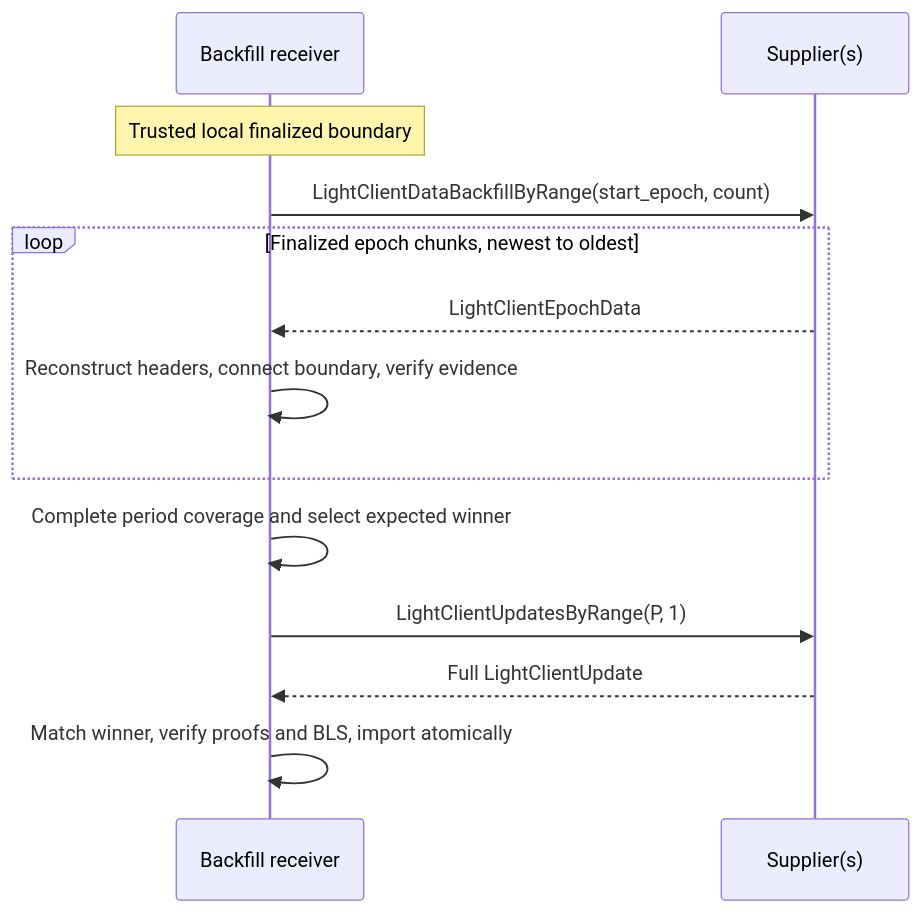
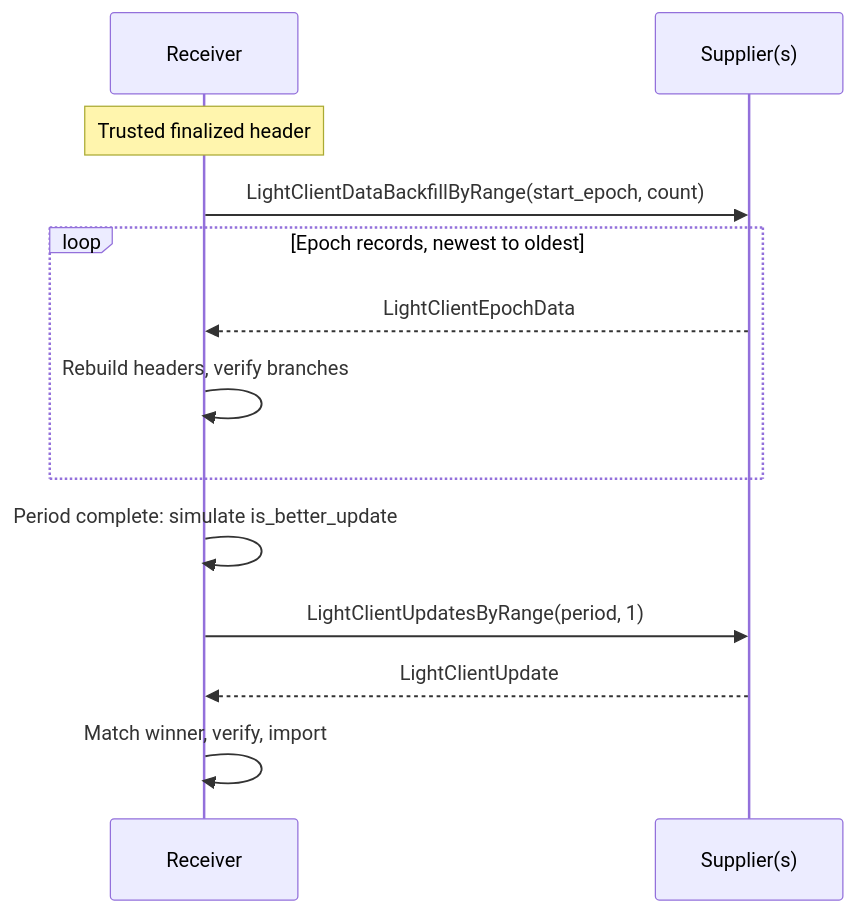
One commit to eth-protocol-fellows/cohort-seven changed the diagram in projects/prysm-light-client-backfill.md. Above: the diagram before and after it, drawn with Mermaid. The commit also changed other lines of this file, not shown here.

````diff
--- a/projects/prysm-light-client-backfill.md
+++ b/projects/prysm-light-client-backfill.md
@@ -40,15 +30,15 @@
 ```mermaid
 sequenceDiagram
-    participant R as Backfill receiver
-    participant P as Supplier(s)
-    Note over R: Trusted local finalized boundary
-    R->>P: LightClientDataBackfillByRange(start_epoch, count)
-    loop Finalized epoch chunks, newest to oldest
-        P-->>R: LightClientEpochData
-        R->>R: Reconstruct headers, connect boundary, verify evidence
+    participant R as Receiver
+    participant S as Supplier(s)
+    Note over R: Trusted finalized header
+    R->>S: LightClientDataBackfillByRange(start_epoch, count)
+    loop Epoch records, newest to oldest
+        S-->>R: LightClientEpochData
+        R->>R: Rebuild headers, verify branches
     end
-    R->>R: Complete period coverage and select expected winner
-    R->>P: LightClientUpdatesByRange(P, 1)
-    P-->>R: Full LightClientUpdate
-    R->>R: Match winner, verify proofs and BLS, import atomically
+    R->>R: Period complete: simulate is_better_update
+    R->>S: LightClientUpdatesByRange(period, 1)
+    S-->>R: LightClientUpdate
+    R->>R: Match winner, verify, import
 ```
````
